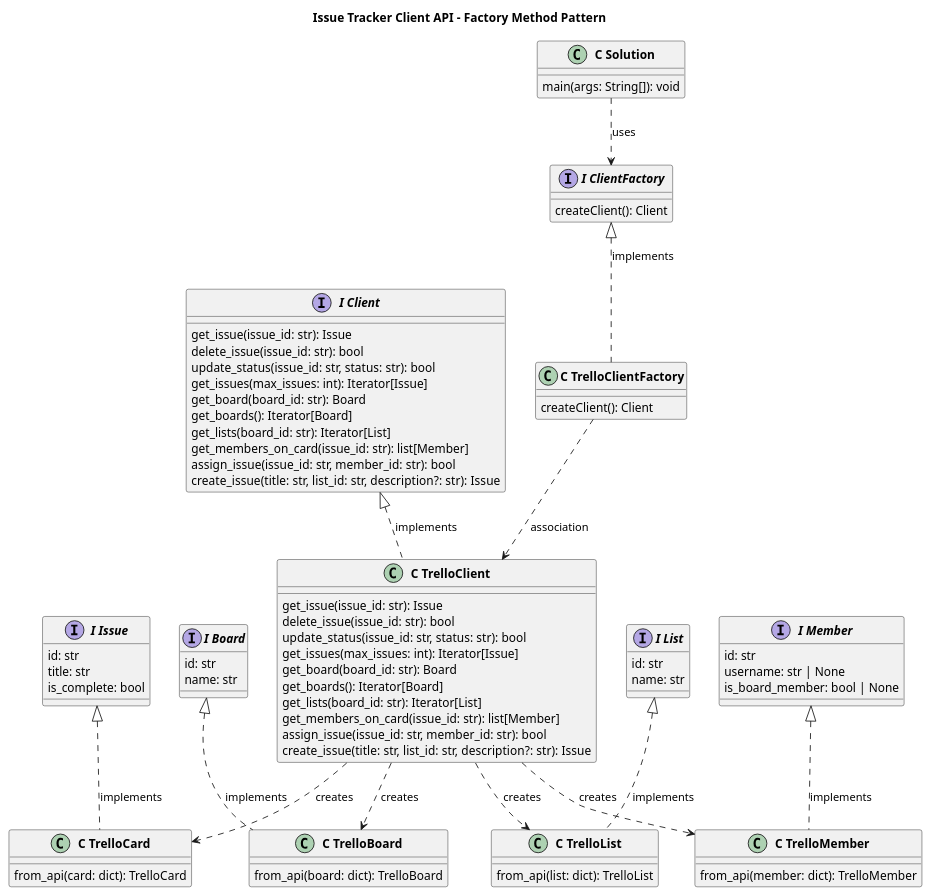
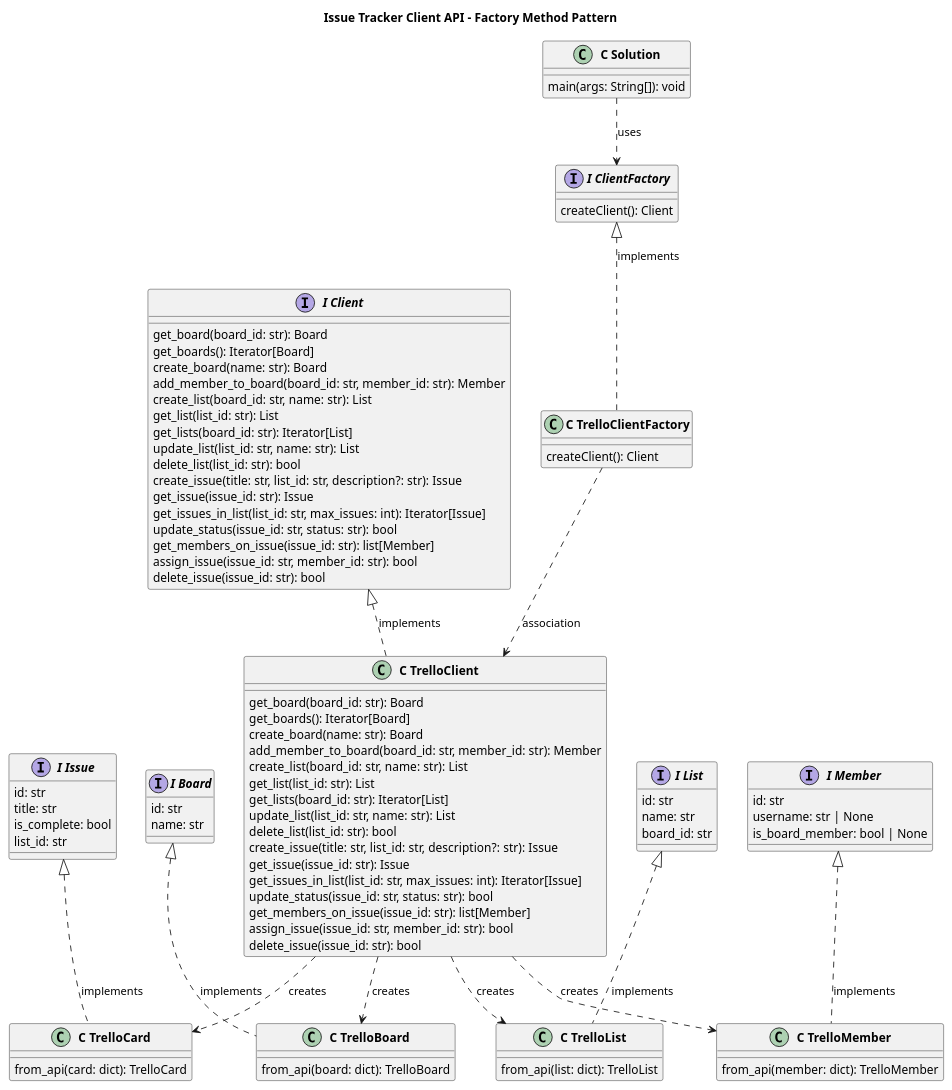
One commit to somadisingh/ospsd-team7-issue-tracker changed the diagram in docs/architecture.puml. Above: the diagram before and after it, drawn with PlantUML. The commit also changed 25 other files, not shown here.

```diff
--- a/docs/architecture.puml
+++ b/docs/architecture.puml
@@ -1,107 +1,121 @@
 @startuml Issue Tracker Client Architecture
 
 skinparam classAttributeIconSize 0
 skinparam classFontStyle bold
 skinparam packageStyle rectangle
 
 title Issue Tracker Client API - Factory Method Pattern
 
 ' Client (Consumer)
 class "C Solution" as Solution {
   main(args: String[]): void
 }
 
 ' ClientFactory interface
 interface "I ClientFactory" as ClientFactory {
   createClient(): Client
 }
 
 ' Client interface
 interface "I Client" as Client {
-  get_issue(issue_id: str): Issue
-  delete_issue(issue_id: str): bool
-  update_status(issue_id: str, status: str): bool
-  get_issues(max_issues: int): Iterator[Issue]
   get_board(board_id: str): Board
   get_boards(): Iterator[Board]
+  create_board(name: str): Board
+  add_member_to_board(board_id: str, member_id: str): Member
+  create_list(board_id: str, name: str): List
+  get_list(list_id: str): List
   get_lists(board_id: str): Iterator[List]
-  get_members_on_card(issue_id: str): list[Member]
+  update_list(list_id: str, name: str): List
+  delete_list(list_id: str): bool
+  create_issue(title: str, list_id: str, description?: str): Issue
+  get_issue(issue_id: str): Issue
+  get_issues_in_list(list_id: str, max_issues: int): Iterator[Issue]
+  update_status(issue_id: str, status: str): bool
+  get_members_on_issue(issue_id: str): list[Member]
   assign_issue(issue_id: str, member_id: str): bool
-  create_issue(title: str, list_id: str, description?: str): Issue
+  delete_issue(issue_id: str): bool
 }
 
 ' Concrete factories
 class "C TrelloClientFactory" as TrelloClientFactory {
   createClient(): Client
 }
 
 ' Domain interfaces
 interface "I Issue" as Issue {
   id: str
   title: str
   is_complete: bool
+  list_id: str
 }
 
 interface "I Board" as Board {
   id: str
   name: str
 }
 
 interface "I List" as List {
   id: str
   name: str
+  board_id: str
 }
 
 interface "I Member" as Member {
   id: str
   username: str | None
   is_board_member: bool | None
 }
 
 ' Concrete domain implementations
 class "C TrelloCard" as TrelloCard {
   from_api(card: dict): TrelloCard
 }
 
 class "C TrelloBoard" as TrelloBoard {
   from_api(board: dict): TrelloBoard
 }
 
 class "C TrelloList" as TrelloList {
   from_api(list: dict): TrelloList
 }
 
 class "C TrelloMember" as TrelloMember {
   from_api(member: dict): TrelloMember
 }
 
 class "C TrelloClient" as TrelloClient {
-  get_issue(issue_id: str): Issue
-  delete_issue(issue_id: str): bool
-  update_status(issue_id: str, status: str): bool
-  get_issues(max_issues: int): Iterator[Issue]
   get_board(board_id: str): Board
   get_boards(): Iterator[Board]
+  create_board(name: str): Board
+  add_member_to_board(board_id: str, member_id: str): Member
+  create_list(board_id: str, name: str): List
+  get_list(list_id: str): List
   get_lists(board_id: str): Iterator[List]
-  get_members_on_card(issue_id: str): list[Member]
+  update_list(list_id: str, name: str): List
+  delete_list(list_id: str): bool
+  create_issue(title: str, list_id: str, description?: str): Issue
+  get_issue(issue_id: str): Issue
+  get_issues_in_list(list_id: str, max_issues: int): Iterator[Issue]
+  update_status(issue_id: str, status: str): bool
+  get_members_on_issue(issue_id: str): list[Member]
   assign_issue(issue_id: str, member_id: str): bool
-  create_issue(title: str, list_id: str, description?: str): Issue
+  delete_issue(issue_id: str): bool
 }
 
 ' Relationships
 Solution ..> ClientFactory : uses
 ClientFactory <|.. TrelloClientFactory : implements
 TrelloClientFactory ..> TrelloClient : association
 
 Client <|.. TrelloClient : implements
 TrelloClient ..> TrelloCard : creates
 TrelloClient ..> TrelloBoard : creates
 TrelloClient ..> TrelloList : creates
 TrelloClient ..> TrelloMember : creates
 
 Issue <|.. TrelloCard : implements
 Board <|.. TrelloBoard : implements
 List <|.. TrelloList : implements
 Member <|.. TrelloMember : implements
 
 @enduml
```
